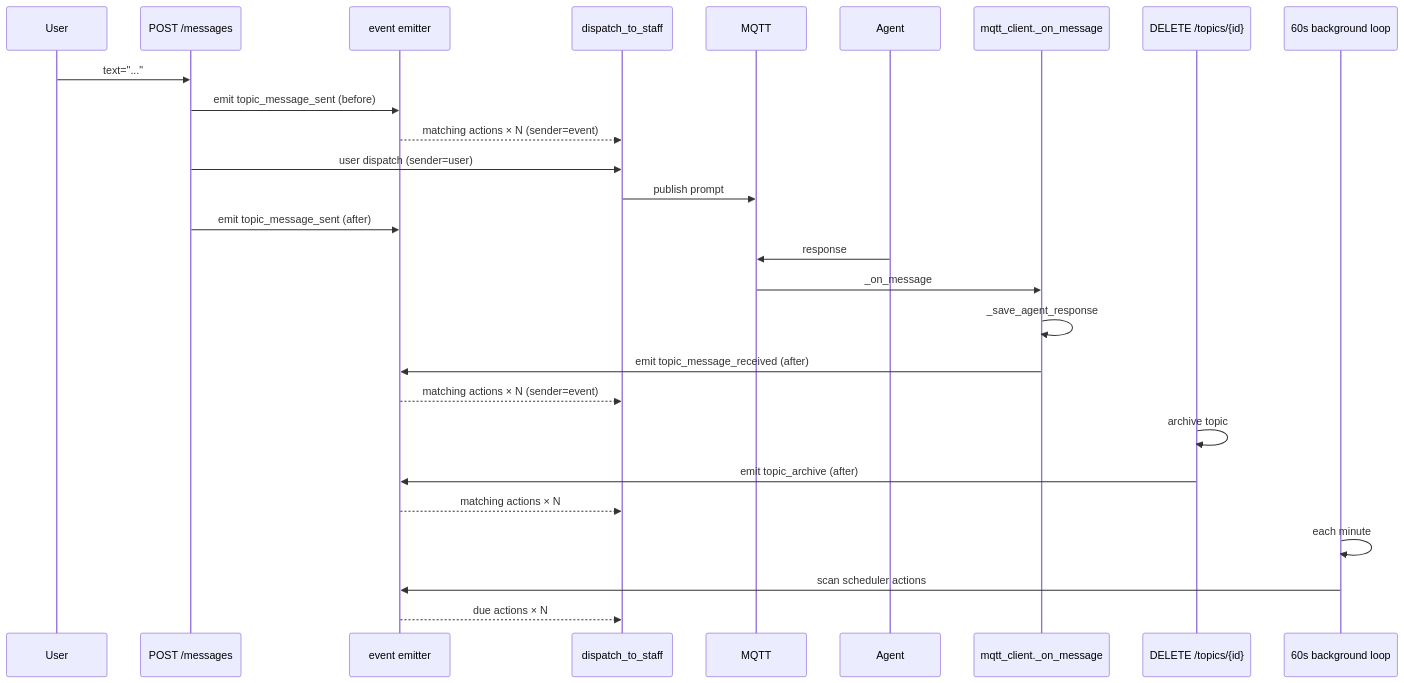
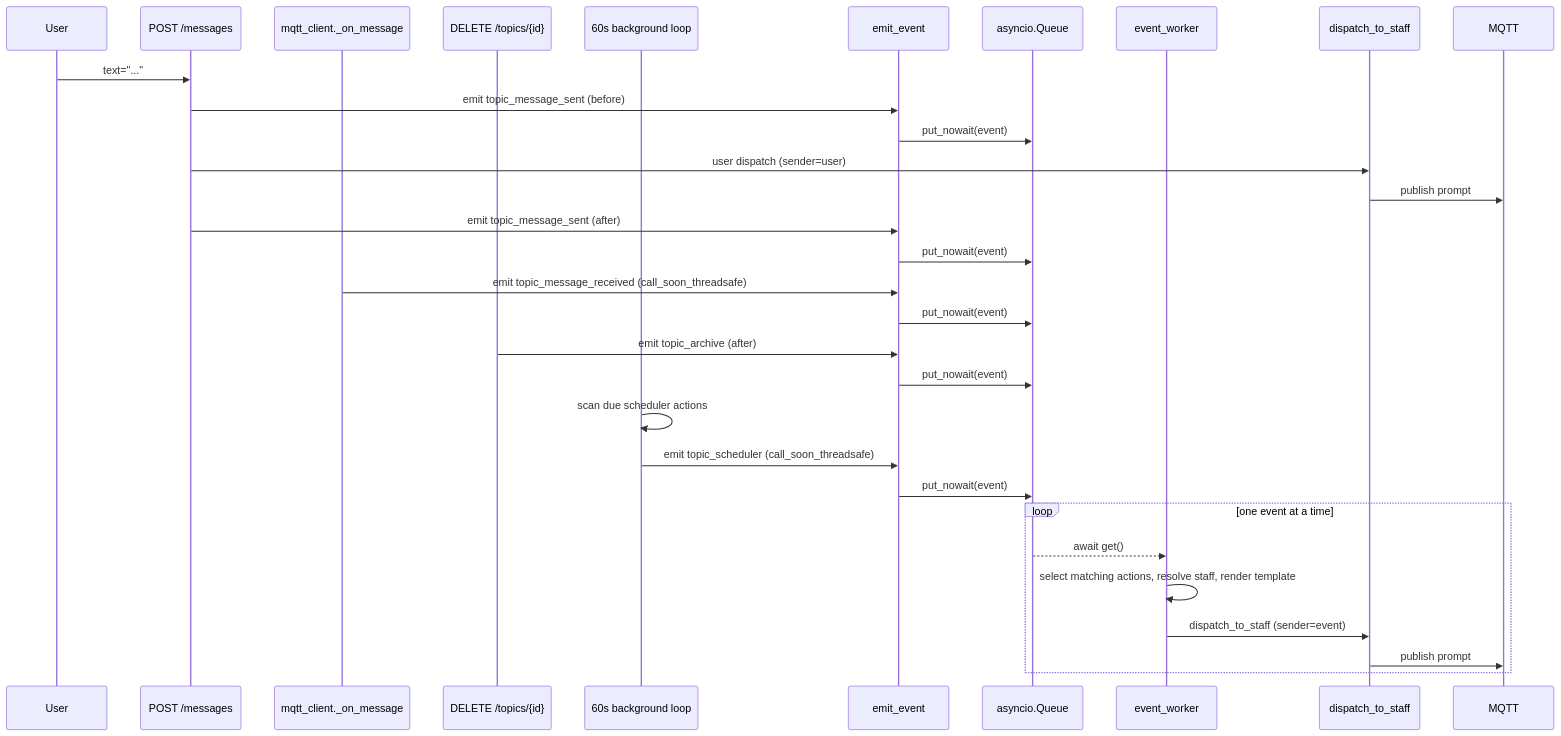
The diagram in docs/design/event-based-staff-action.md (pandazxx/codex-slack), drawn with Mermaid before and after one commit. The commit also changed other lines of this file and 1 other file, not shown here.

First line of the commit message:
docs: rework event handling as single-point queue + worker

````diff
--- a/docs/design/event-based-staff-action.md
+++ b/docs/design/event-based-staff-action.md
@@ -187,32 +195,38 @@
 ```mermaid
 sequenceDiagram
     participant U as User
     participant API as POST /messages
-    participant E as event emitter
-    participant D as dispatch_to_staff
-    participant MQTT
-    participant Agent
     participant MC as mqtt_client._on_message
     participant T as DELETE /topics/{id}
     participant BG as 60s background loop
+    participant EM as emit_event
+    participant Q as asyncio.Queue
+    participant W as event_worker
+    participant D as dispatch_to_staff
+    participant MQTT
 
     U->>API: text="..."
-    API->>E: emit topic_message_sent (before)
-    E-->>D: matching actions × N (sender=event)
+    API->>EM: emit topic_message_sent (before)
+    EM->>Q: put_nowait(event)
     API->>D: user dispatch (sender=user)
     D->>MQTT: publish prompt
-    API->>E: emit topic_message_sent (after)
-    Agent->>MQTT: response
-    MQTT->>MC: _on_message
-    MC->>MC: _save_agent_response
-    MC->>E: emit topic_message_received (after)
-    E-->>D: matching actions × N (sender=event)
+    API->>EM: emit topic_message_sent (after)
+    EM->>Q: put_nowait(event)
 
-    T->>T: archive topic
-    T->>E: emit topic_archive (after)
-    E-->>D: matching actions × N
+    MC->>EM: emit topic_message_received (call_soon_threadsafe)
+    EM->>Q: put_nowait(event)
 
-    BG->>BG: each minute
-    BG->>E: scan scheduler actions
-    E-->>D: due actions × N
+    T->>EM: emit topic_archive (after)
+    EM->>Q: put_nowait(event)
+
+    BG->>BG: scan due scheduler actions
+    BG->>EM: emit topic_scheduler (call_soon_threadsafe)
+    EM->>Q: put_nowait(event)
+
+    loop one event at a time
+        Q-->>W: await get()
+        W->>W: select matching actions, resolve staff, render template
+        W->>D: dispatch_to_staff (sender=event)
+        D->>MQTT: publish prompt
+    end
 ```
````
